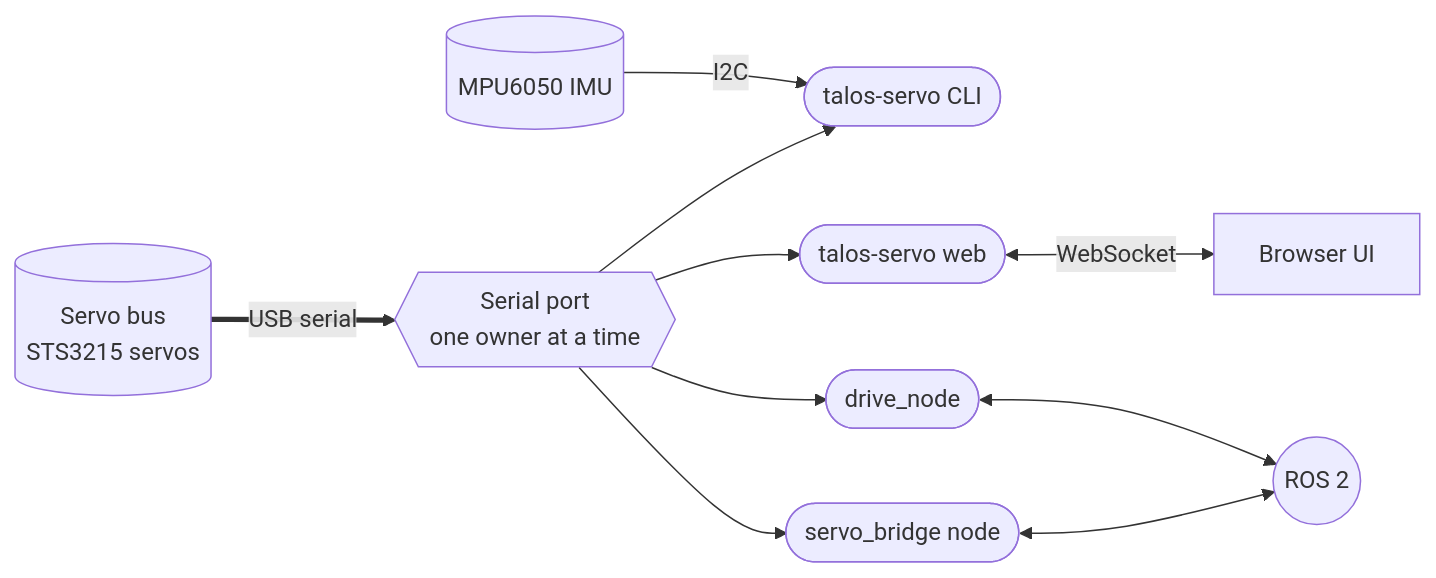
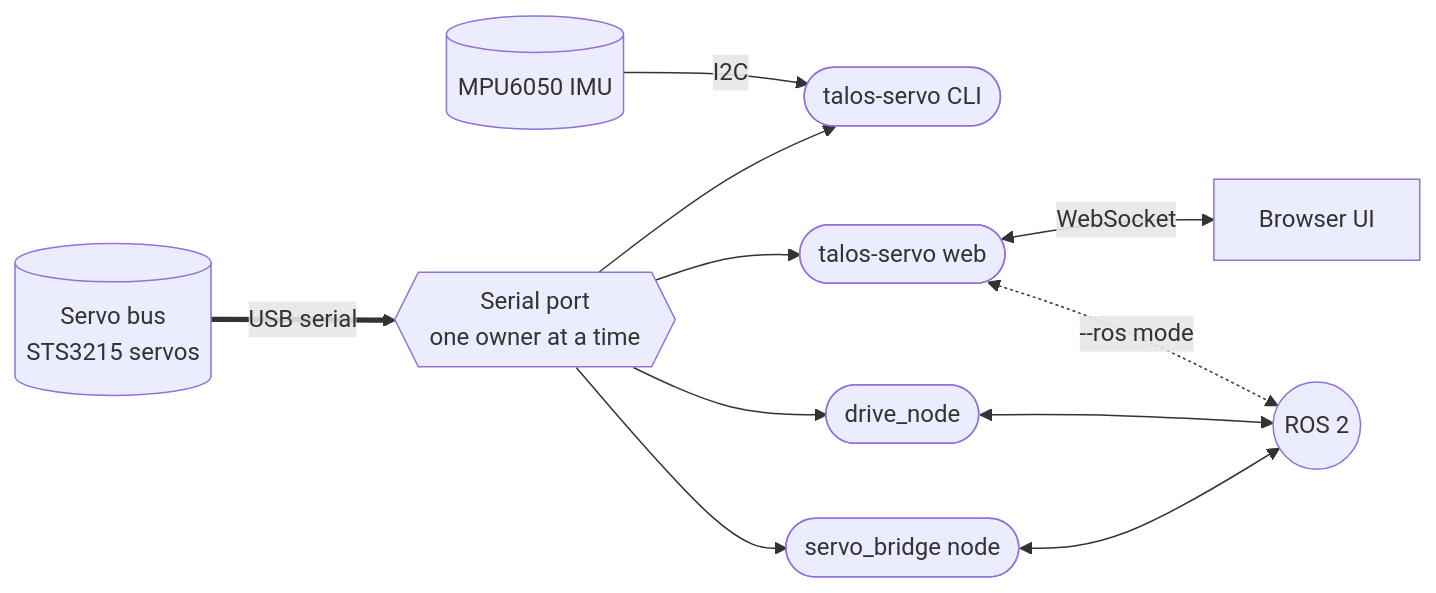
The first of 4 diagrams in README.md (Annnnya/talos_hack), drawn with Mermaid before and after one commit. The commit also changed other lines of this file, not shown here.

Commit message:
docs: describe the web ui over ros and update the architecture diagrams

````diff
--- a/README.md
+++ b/README.md
@@ -16,14 +16,15 @@
 ```mermaid
 flowchart LR
   accTitle: What runs where
-  accDescr: The servo bus connects over USB serial to exactly one program at a time
+  accDescr: The servo bus connects over USB serial to exactly one program at a time. With --ros the web server goes through servo_bridge instead of the port
   servos[("Servo bus<br/>STS3215 servos")] ==>|USB serial| port{{"Serial port<br/>one owner at a time"}}
   port --> cli(["talos-servo CLI"])
   port --> web(["talos-servo web"])
   port --> bridge(["servo_bridge node"])
   port --> drive(["drive_node"])
   imu[("MPU6050 IMU")] -->|I2C| cli
   web <-->|WebSocket| browser["Browser UI"]
   bridge <--> ros(("ROS 2"))
   drive <--> ros
+  web <-.->|"--ros mode"| ros
 ```
````
